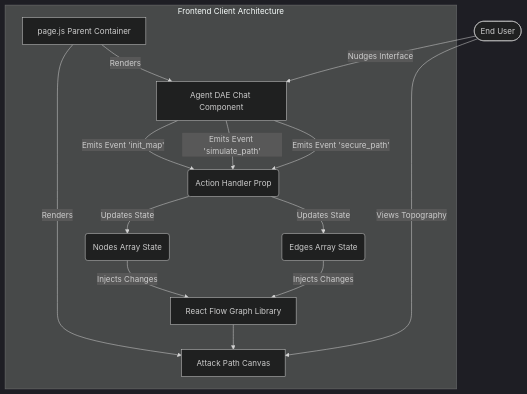
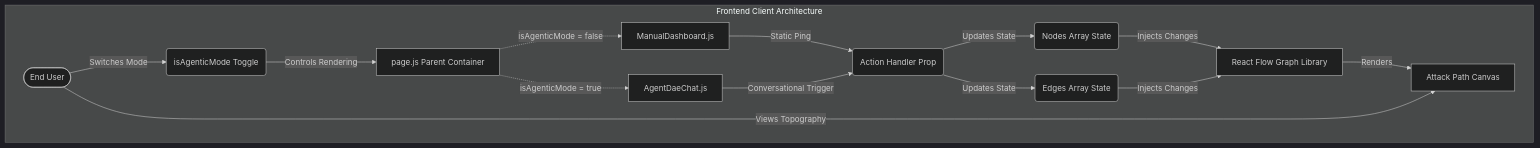
The first of 2 diagrams in architecture.md (mayukhg/dae-attack-path-demo), drawn with Mermaid (dark theme) before and after one commit. The commit also changed other lines of this file and 4 other files, not shown here.

Commit message:
Implement Dual Mode Toggle and Attack Path Data Models

````diff
--- a/architecture.md
+++ b/architecture.md
@@ -15,23 +15,24 @@
 ```mermaid
 graph TD
-    User([End User]) --> |Nudges Interface| AgentUI[Agent DAE Chat Component]
-    User --> |Views Topography| MapUI[Attack Path Canvas]
+    User([End User]) --> |Switches Mode| ModeToggle(isAgenticMode Toggle)
     
     subgraph Frontend Client Architecture
         Dashboard[page.js Parent Container]
+        ModeToggle --> |Controls Rendering| Dashboard
         
-        Dashboard --> |Renders| MapUI
-        Dashboard --> |Renders| AgentUI
+        Dashboard -.-> |isAgenticMode = false| ManualUI[ManualDashboard.js]
+        Dashboard -.-> |isAgenticMode = true| AgentUI[AgentDaeChat.js]
         
-        AgentUI --> |Emits Event 'init_map'| EventBus(Action Handler Prop)
-        AgentUI --> |Emits Event 'simulate_path'| EventBus
-        AgentUI --> |Emits Event 'secure_path'| EventBus
+        ManualUI --> |Static Ping| EventBus(Action Handler Prop)
+        AgentUI --> |Conversational Trigger| EventBus
         
         EventBus --> |Updates State| DashboardNodes(Nodes Array State)
         EventBus --> |Updates State| DashboardEdges(Edges Array State)
         
         DashboardNodes --> |Injects Changes| ReactFlowEngine[React Flow Graph Library]
         DashboardEdges --> |Injects Changes| ReactFlowEngine
-        ReactFlowEngine --> MapUI
+        
+        ReactFlowEngine --> |Renders| MapUI[Attack Path Canvas]
+        User --> |Views Topography| MapUI
     end
 ```
````
